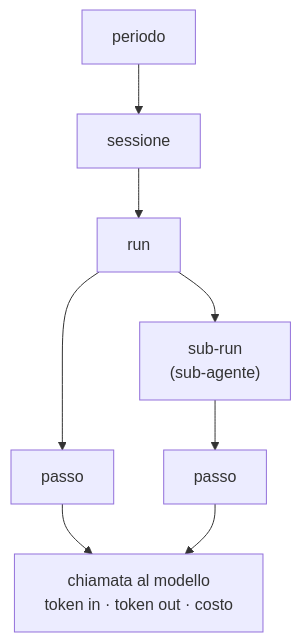
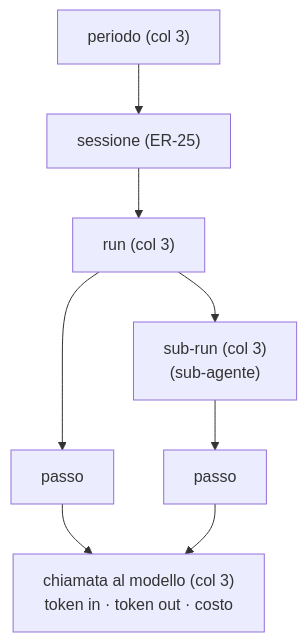
One commit to devfrx/daemon changed the third of 3 diagrams in docs/design/05-gateway-inferenza.md. Above: the diagram before and after it, drawn with Mermaid. The commit also changed other lines of this file and 2 other files, not shown here.

First line of the commit message:
audit(2026-09-30): i diagrammi 04-06 dicono il vero di oggi, col segno (col N) su ciò che è deciso e non costruito

````diff
--- a/docs/design/05-gateway-inferenza.md
+++ b/docs/design/05-gateway-inferenza.md
@@ -92,10 +120,10 @@
 ```mermaid
 flowchart TD
-    P["periodo"] --> S["sessione"]
-    S --> R["run"]
-    R --> SR["sub-run<br/>(sub-agente)"]
+    P["periodo (col 3)"] --> S["sessione (ER-25)"]
+    S --> R["run (col 3)"]
+    R --> SR["sub-run (col 3)<br/>(sub-agente)"]
     R --> ST["passo"]
     SR --> ST2["passo"]
-    ST --> T["chiamata al modello<br/>token in · token out · costo"]
+    ST --> T["chiamata al modello (col 3)<br/>token in · token out · costo"]
     ST2 --> T
 ```
````
